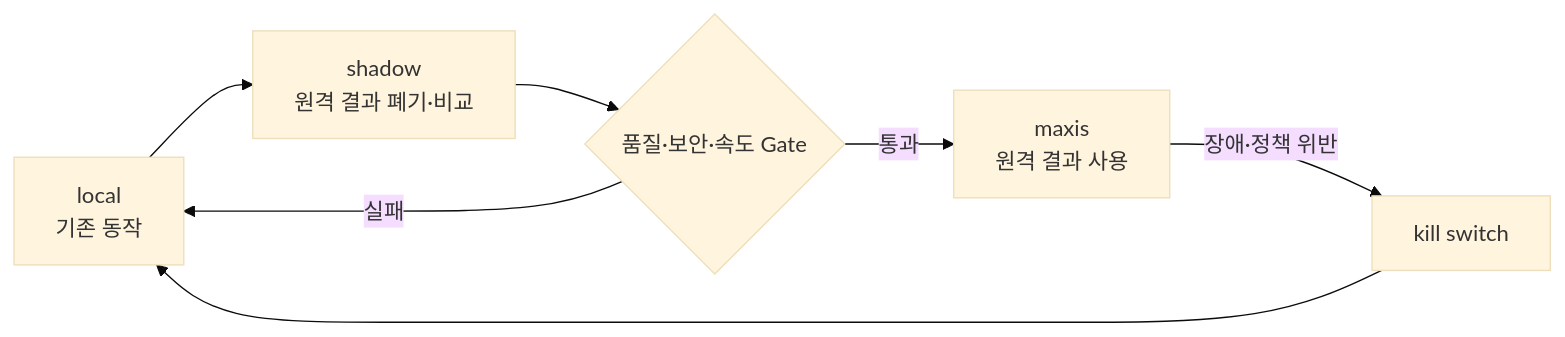
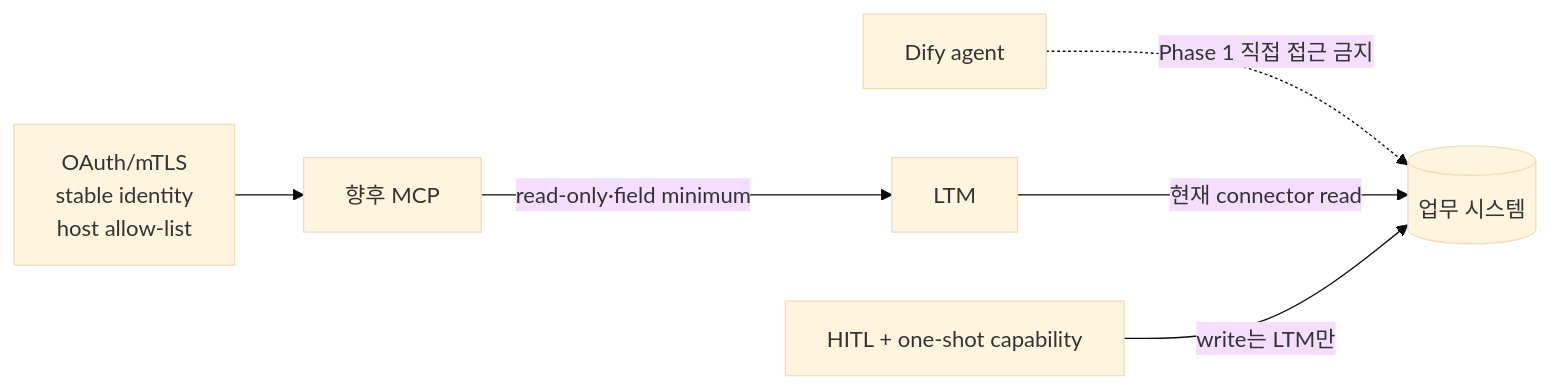
Before and after one commit to dongyi-kim/lake-task-manager: the seventh of 7 diagrams in docs/MAXIS_DIFY_MIGRATION.md, drawn with Mermaid (base theme). The commit also changed other lines of this file and 63 other files, not shown here.

Commit message:
feat(maxis): complete governed Dify integration

````diff
--- a/docs/MAXIS_DIFY_MIGRATION.md
+++ b/docs/MAXIS_DIFY_MIGRATION.md
@@ -394,9 +294,8 @@
-```mermaid
+~~~mermaid
 flowchart LR
-    L[local<br/>기존 동작] --> S[shadow<br/>원격 결과 폐기·비교]
-    S --> G{품질·보안·속도 Gate}
-    G -->|통과| M[maxis<br/>원격 결과 사용]
-    G -->|실패| L
-    M -->|장애·정책 위반| K[kill switch]
-    K --> L
-```
+    D[Dify agent] -. Phase 1 직접 접근 금지 .-> SYS[(업무 시스템)]
+    L[LTM] -->|현재 connector read| SYS
+    M[향후 MCP] -->|read-only·field minimum| L
+    ID[OAuth/mTLS<br/>stable identity<br/>host allow-list] --> M
+    H[HITL + one-shot capability] -->|write는 LTM만| SYS
+~~~
````
